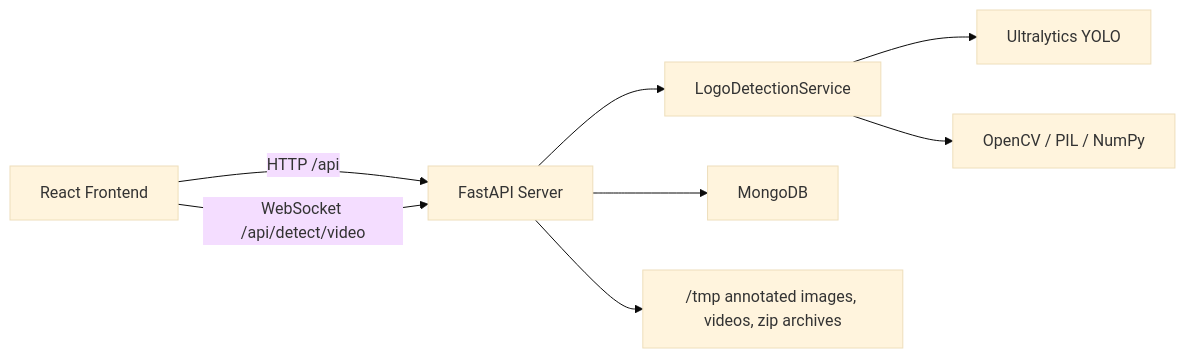
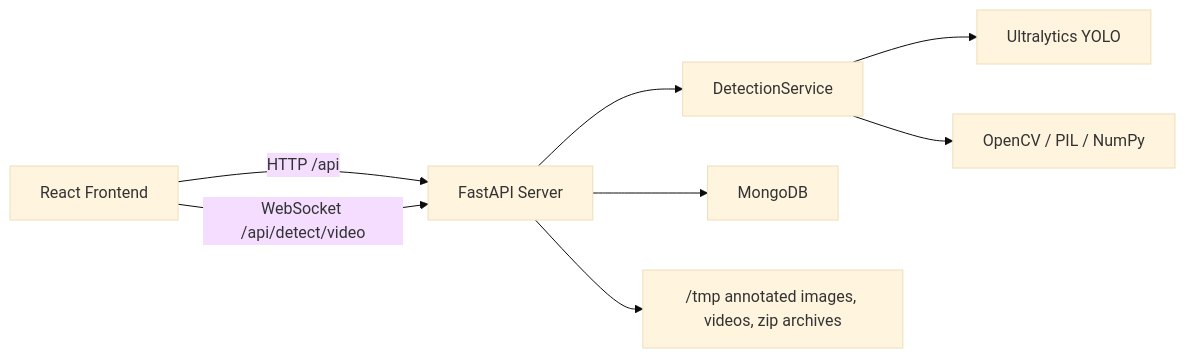
Before and after one commit to dyglo/deplyze-studio: the diagram in README.md, drawn with Mermaid (base theme). The commit also changed other lines of this file, not shown here.

First line of the commit message:
Revise flowchart and clean up README sections

````diff
--- a/README.md
+++ b/README.md
@@ -41,10 +41,10 @@
 ```mermaid
 flowchart LR
     A["React Frontend"] -->|HTTP /api| B["FastAPI Server"]
     A -->|WebSocket /api/detect/video| B
-    B --> C["LogoDetectionService"]
+    B --> C["DetectionService"]
     C --> D["Ultralytics YOLO"]
     C --> E["OpenCV / PIL / NumPy"]
     B --> F["MongoDB"]
     B --> G["/tmp annotated images, videos, zip archives"]
 ```
````
